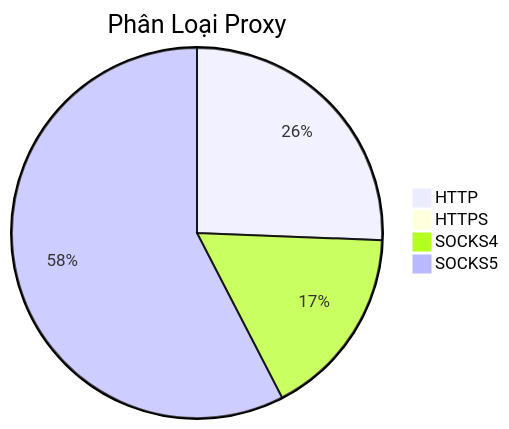
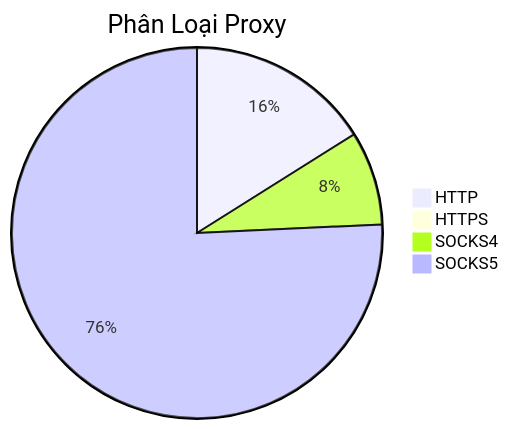
The diagram in README.md (Ciara-Aa/PROXY-free), drawn with Mermaid before and after one commit. The commit also changed other lines of this file and 3 other files, not shown here.

````diff
--- a/README.md
+++ b/README.md
@@ -26,7 +26,7 @@
 ```mermaid
 pie title Phân Loại Proxy
-    "HTTP" : 528
+    "HTTP" : 404
     "HTTPS" : 0
-    "SOCKS4" : 346
-    "SOCKS5" : 1187
+    "SOCKS4" : 206
+    "SOCKS5" : 1904
 ```
````
